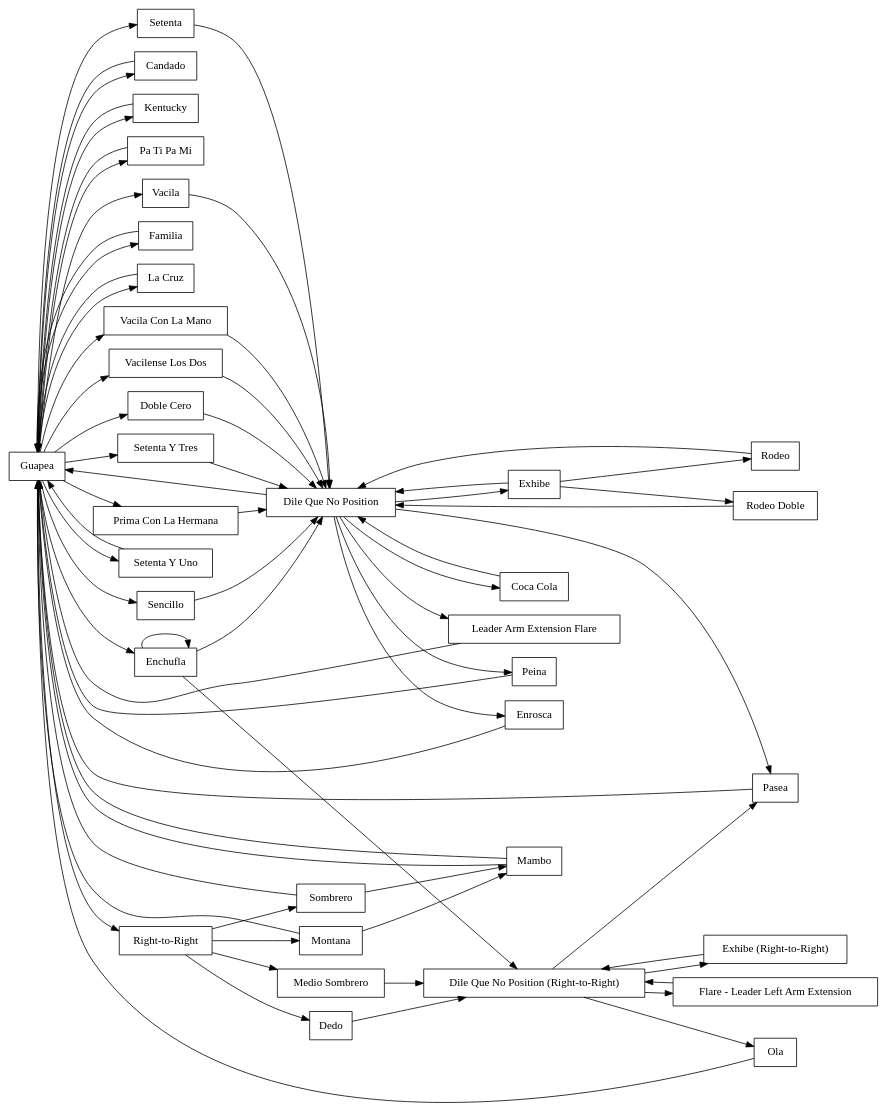
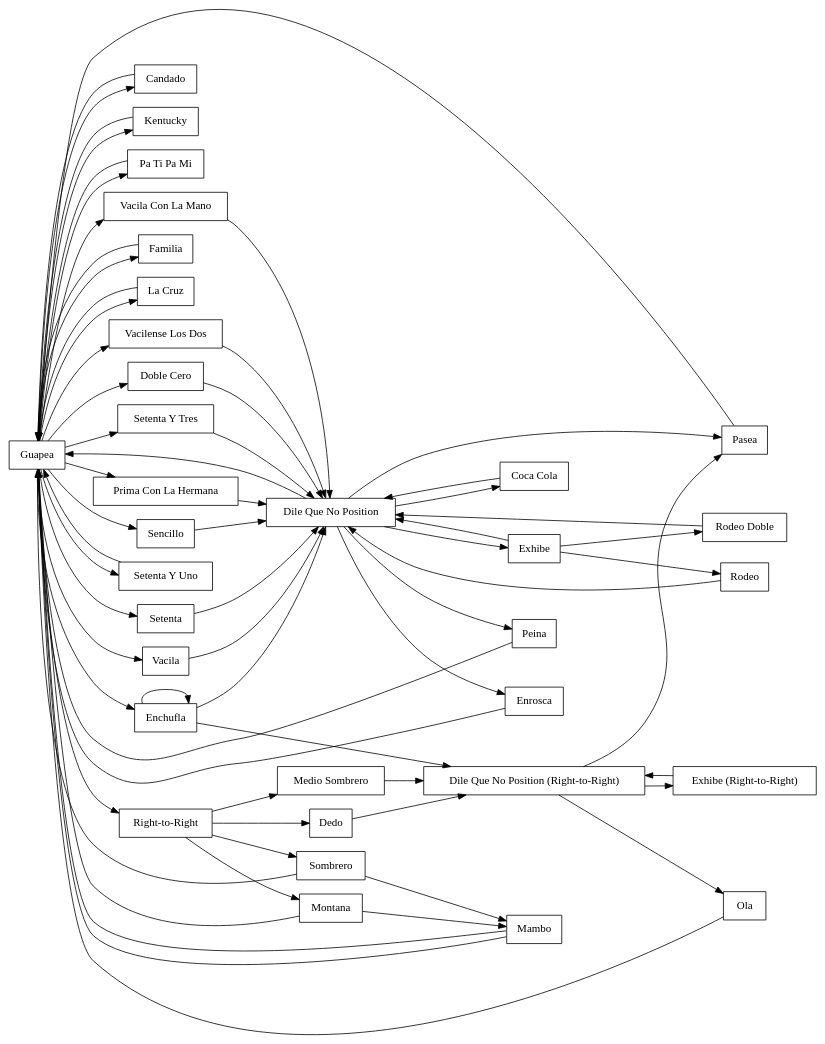
Before and after one commit to adharsh/Salsa: the diagram in social.dot, drawn with Graphviz. The commit also changed 3 other files, not shown here.

```diff
--- a/social.dot
+++ b/social.dot
@@ -1,81 +1,81 @@
 
 /*
 Notes
 - Guapea can be skipped
 - Rueda moves, add *, can be disabled
 
 Others:
 - https://bachatasteps.com/?topic=salsa&options=newest
 - https://www.makelinux.net/salsa/
 - guapea -> familia -> guapea, does it end in dilequeno?
 - tf is traslado?
 - la cruz ends in dile que no position or guapea?
 - exhibe (right-to-right), only option is pasea?
 
 Can all dile que no positions can be right-to-right?
 
 */
 
 digraph SalsaDanceMoves {
   rankdir=LR; 
   node [shape=box];
   edge [color=black];
 
   // Level 1
   Guapea -> Enchufla;
   Enchufla -> "Dile Que No Position";
   Enchufla -> "Dile Que No Position (Right-to-Right)";
   "Dile Que No Position" -> Guapea;
   "Dile Que No Position" -> Exhibe;
   "Dile Que No Position" -> Pasea;
   "Dile Que No Position (Right-to-Right)" -> Pasea;
   Pasea -> Guapea;
   Exhibe -> "Dile Que No Position";
 
   // Level 2a
   Enchufla -> Enchufla;
   Guapea -> Candado -> Guapea;
   Guapea -> Kentucky -> Guapea;
   Guapea -> "Pa Ti Pa Mi" -> Guapea;
 
   // Level 2b
   Guapea -> "Prima Con La Hermana" -> "Dile Que No Position";
   Guapea -> Familia -> Guapea;
 
   // Level 2c
   Exhibe -> Rodeo -> "Dile Que No Position";
   Exhibe -> "Rodeo Doble" -> "Dile Que No Position";
   Guapea -> "La Cruz" -> Guapea;
 
   // Level 2d
   Guapea -> Sencillo -> "Dile Que No Position";
   Guapea -> Setenta -> "Dile Que No Position";
-  "Dile Que No Position" -> "Leader Arm Extension Flare" -> Guapea;
+  //"Dile Que No Position" -> "Flare - Leader Left Arm Extension" -> Guapea;
 
   // Level 3a
   Guapea -> Vacila -> "Dile Que No Position";
   Guapea -> "Vacila Con La Mano" -> "Dile Que No Position";
   Guapea -> "Vacilense Los Dos" -> "Dile Que No Position";
   Guapea -> "Right-to-Right";
   "Right-to-Right" -> "Medio Sombrero" -> "Dile Que No Position (Right-to-Right)";
   "Dile Que No Position (Right-to-Right)" -> "Exhibe (Right-to-Right)" -> "Dile Que No Position (Right-to-Right)";
 
   // Level 3b
   "Right-to-Right" -> Sombrero -> Guapea;
   Sombrero -> Mambo -> Guapea;
   "Dile Que No Position (Right-to-Right)" -> Ola -> Guapea;
   "Right-to-Right" -> Dedo -> "Dile Que No Position (Right-to-Right)";
   "Right-to-Right" -> Montana -> Guapea;
   Montana -> Mambo -> Guapea;
-  "Dile Que No Position (Right-to-Right)" -> "Flare - Leader Left Arm Extension" -> "Dile Que No Position (Right-to-Right)";
+  //"Dile Que No Position (Right-to-Right)" -> "Flare - Leader Left Arm Extension" -> "Dile Que No Position (Right-to-Right)";
 
   // Level 3c
   "Dile Que No Position" -> Peina -> Guapea;
   "Dile Que No Position" -> Enrosca -> Guapea;
   Guapea -> "Setenta Y Uno" -> Guapea;
   "Dile Que No Position" -> "Coca Cola" -> "Dile Que No Position";
 
   // Level 3d
   Guapea -> "Doble Cero" -> "Dile Que No Position";
   Guapea -> "Setenta Y Tres" -> "Dile Que No Position";
 }
```
